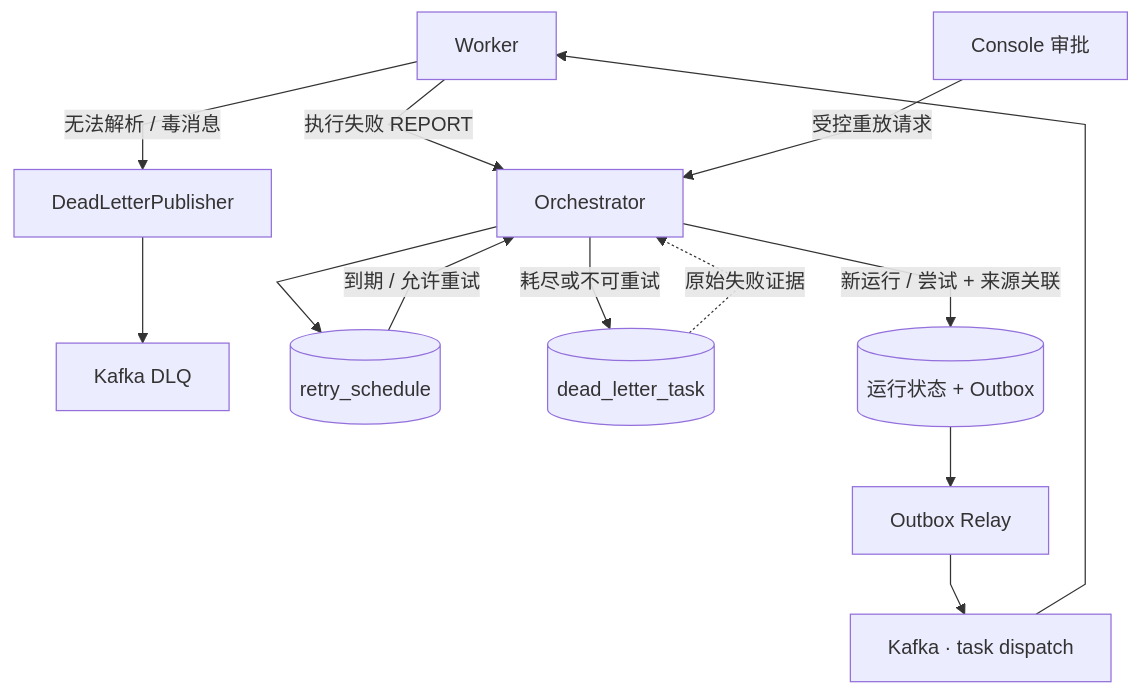
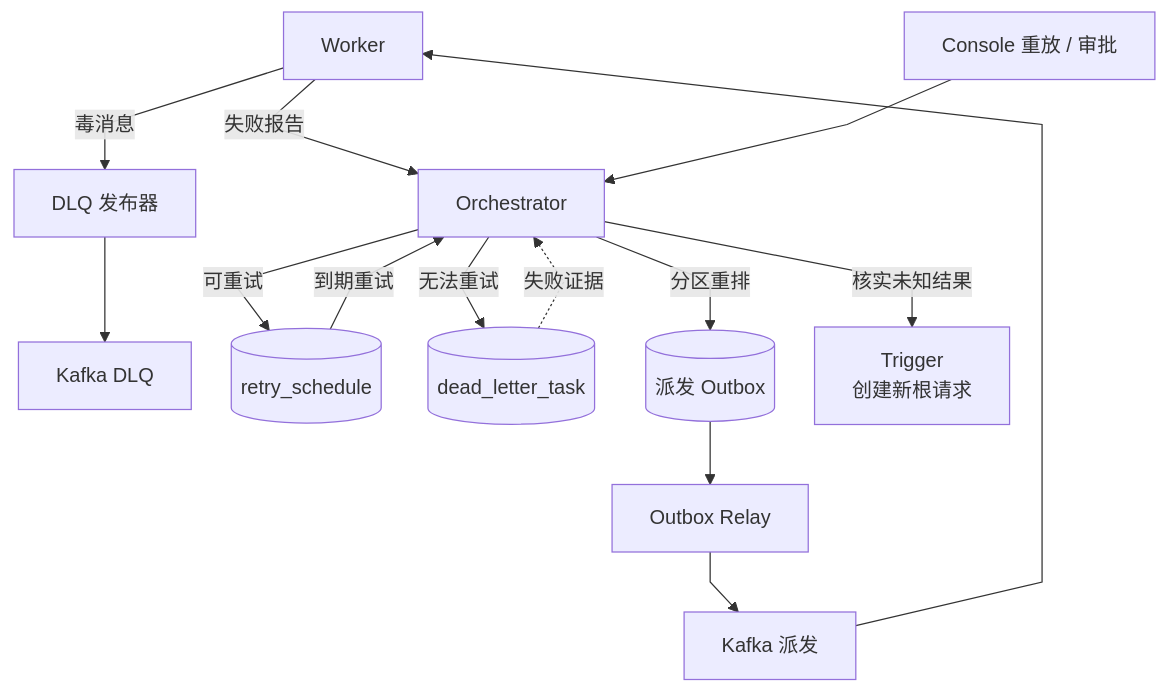
Before and after one commit to pinpols/file-batch-system: the sixth of 25 diagrams in docs/architecture/system-flow-overview.md, drawn with Mermaid. The commit also changed other lines of this file and 11 other files, not shown here.

````diff
--- a/docs/architecture/system-flow-overview.md
+++ b/docs/architecture/system-flow-overview.md
@@ -173,13 +167,14 @@
 ```mermaid
 %%{init: {"flowchart":{"curve":"linear","nodeSpacing":32,"rankSpacing":48},"sequence":{"mirrorActors":false}}}%%
 flowchart TB
-  W["Worker"] -->|"无法解析 / 毒消息"| DP["DeadLetterPublisher"] --> KDL["Kafka DLQ"]
-  W -->|"执行失败 REPORT"| O["Orchestrator"]
-  O --> RS[("retry_schedule")]
-  RS -->|"到期 / 允许重试"| O
-  O -->|"耗尽或不可重试"| DL[("dead_letter_task")]
-  C["Console 审批"] -->|"受控重放请求"| O
-  DL -. "原始失败证据" .-> O
-  O -->|"新运行 / 尝试 + 来源关联"| TX[("运行状态 + Outbox")]
-  TX --> R["Outbox Relay"] --> K["Kafka · task dispatch"] --> W
+  W["Worker"] -->|"毒消息"| P["DLQ 发布器"] --> K["Kafka DLQ"]
+  W -->|"失败报告"| O["Orchestrator"]
+  O -->|"可重试"| R[("retry_schedule")]
+  R -->|"到期重试"| O
+  O -->|"无法重试"| D[("dead_letter_task")]
+  C["Console 重放 / 审批"] --> O
+  D -. "失败证据" .-> O
+  O -->|"分区重排"| B[("派发 Outbox")]
+  B --> REL["Outbox Relay"] --> DIS["Kafka 派发"] --> W
+  O -->|"核实未知结果"| T["Trigger<br/>创建新根请求"]
 ```
````
